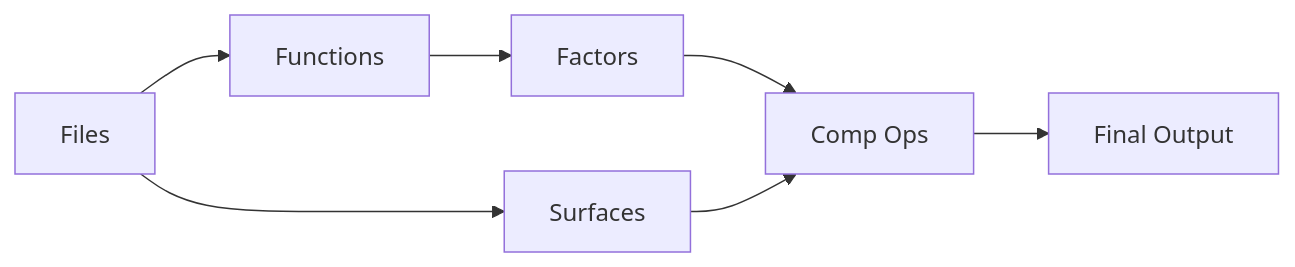
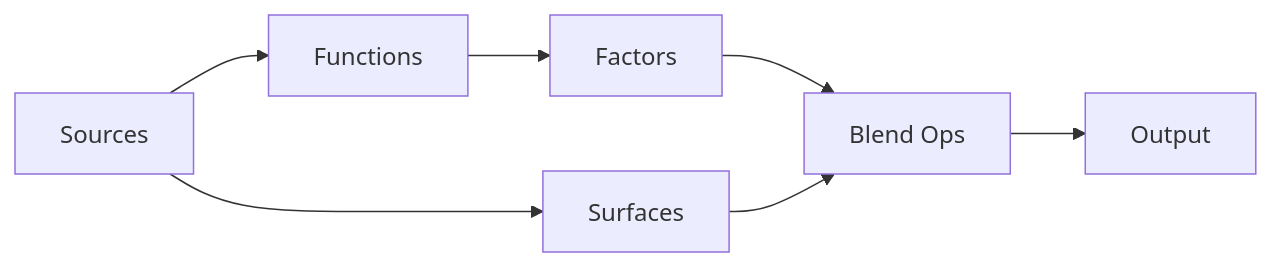
One commit to corb555/LandWeaverServer changed the diagram in docs/usage.md. Above: the diagram before and after it, drawn with Mermaid. The commit also changed other lines of this file and 122 other files, not shown here.

````diff
--- a/docs/usage.md
+++ b/docs/usage.md
@@ -27,19 +36,19 @@
 ```mermaid
 flowchart LR
-    Files[Files]
+    Sources[Sources]
     Functions[Functions]
     Factors[Factors]
     Surfaces[Surfaces]
-    CompOps[Comp Ops]
-    Output[Final Output]
+    BlendOps[Blend Ops]
+    Output[Output]
 
-    Files --> Functions
+    Sources --> Functions
     Functions --> Factors
 
-    Files --> Surfaces
+    Sources --> Surfaces
 
-    Factors --> CompOps
-    Surfaces --> CompOps
+    Factors --> BlendOps
+    Surfaces --> BlendOps
 
-    CompOps --> Output
+    BlendOps --> Output
 ```
````
